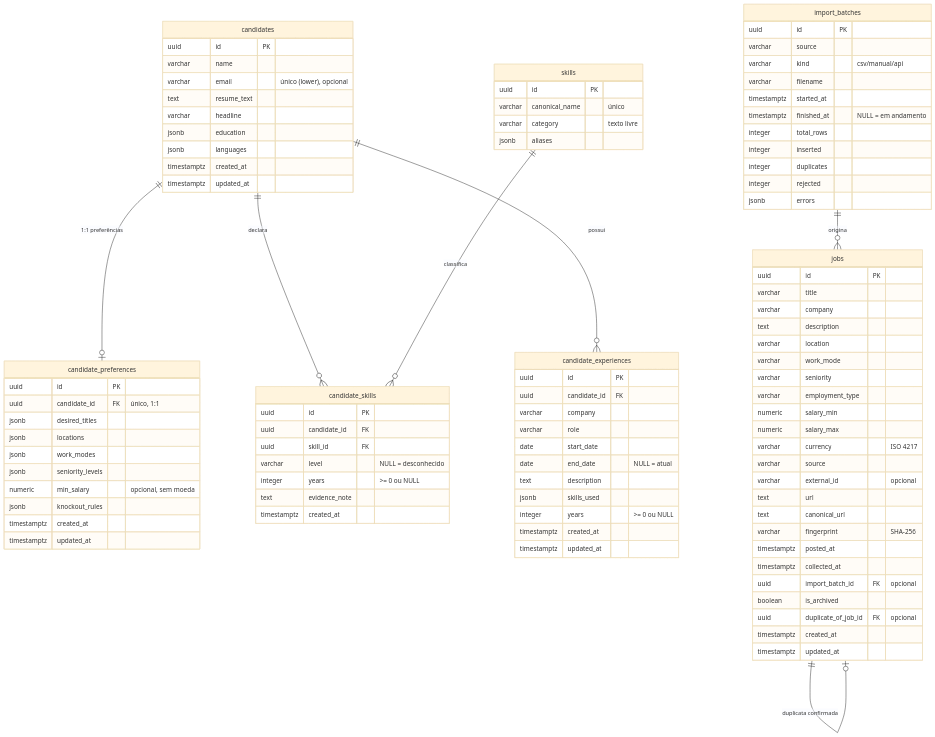
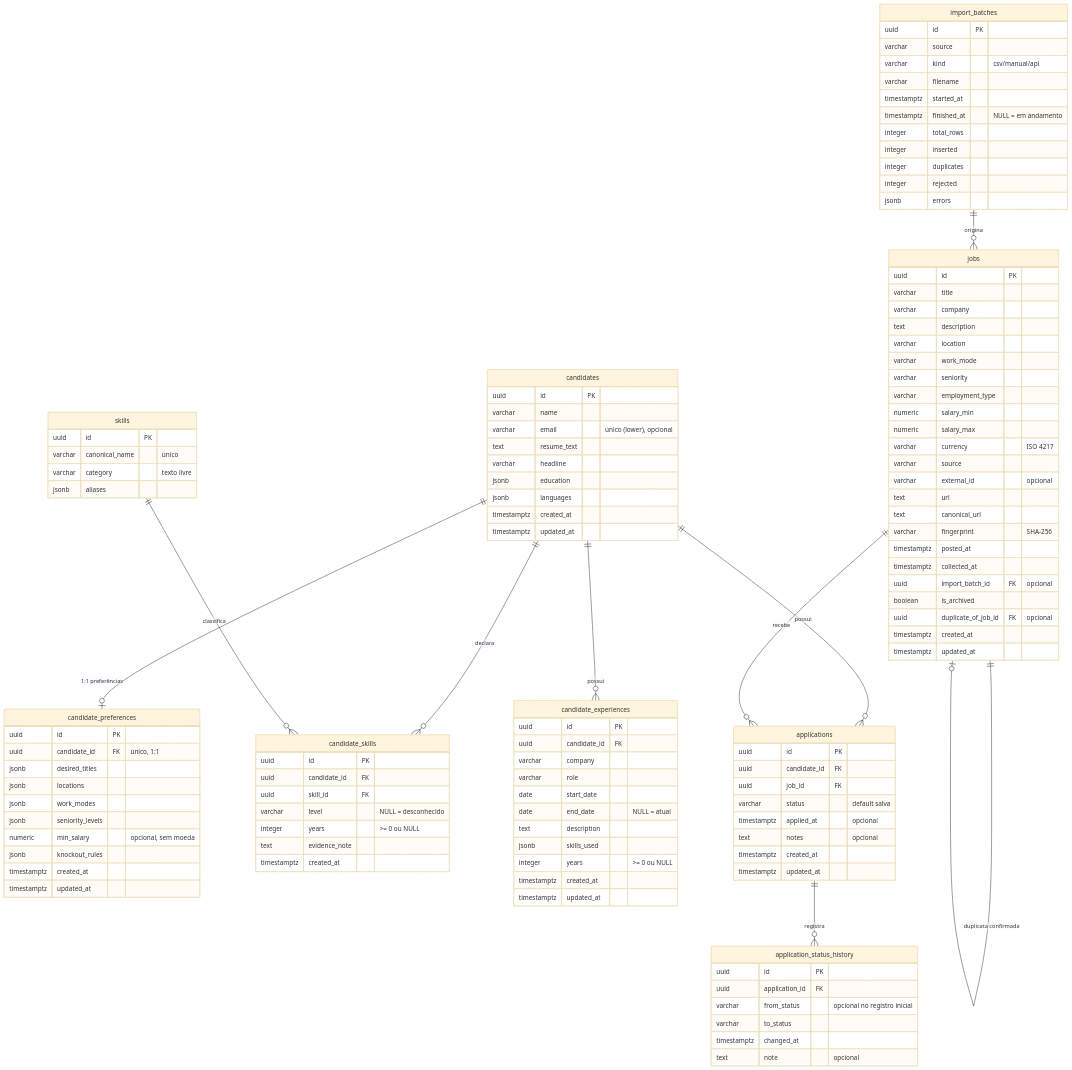
One commit to JoaumPdr/jobpilot-ai changed the diagram in docs/data-model.md. Above: the diagram before and after it, drawn with Mermaid (base theme). The commit also changed other lines of this file and 7 other files, not shown here.

````diff
--- a/docs/data-model.md
+++ b/docs/data-model.md
@@ -33,6 +34,9 @@
     skills ||--o{ candidate_skills : "classifica"
     import_batches ||--o{ jobs : "origina"
     jobs ||--o| jobs : "duplicata confirmada"
+    candidates ||--o{ applications : "possui"
+    jobs ||--o{ applications : "recebe"
+    applications ||--o{ application_status_history : "registra"
 
     candidates {
         uuid id PK
@@ -129,4 +133,24 @@
         timestamptz created_at
         timestamptz updated_at
     }
+
+    applications {
+        uuid id PK
+        uuid candidate_id FK
+        uuid job_id FK
+        varchar status "default salva"
+        timestamptz applied_at "opcional"
+        text notes "opcional"
+        timestamptz created_at
+        timestamptz updated_at
+    }
+
+    application_status_history {
+        uuid id PK
+        uuid application_id FK
+        varchar from_status "opcional no registro inicial"
+        varchar to_status
+        timestamptz changed_at
+        text note "opcional"
+    }
 ```
````
